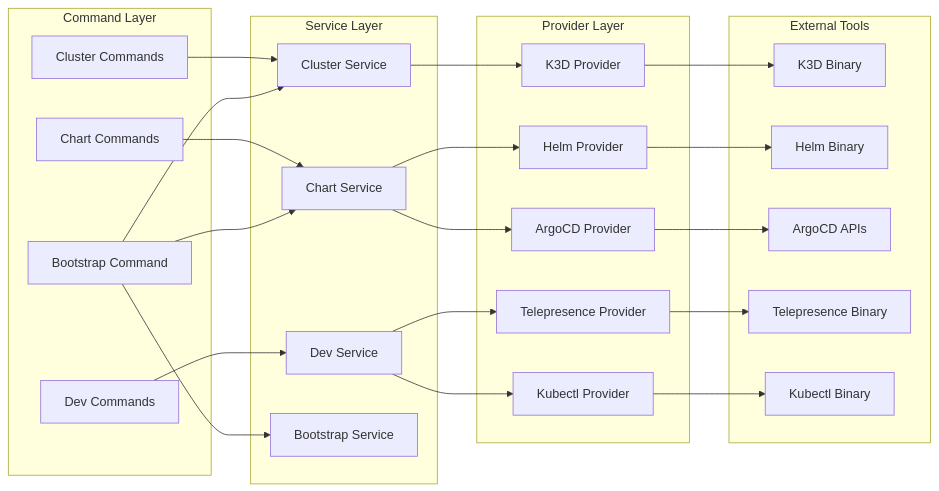
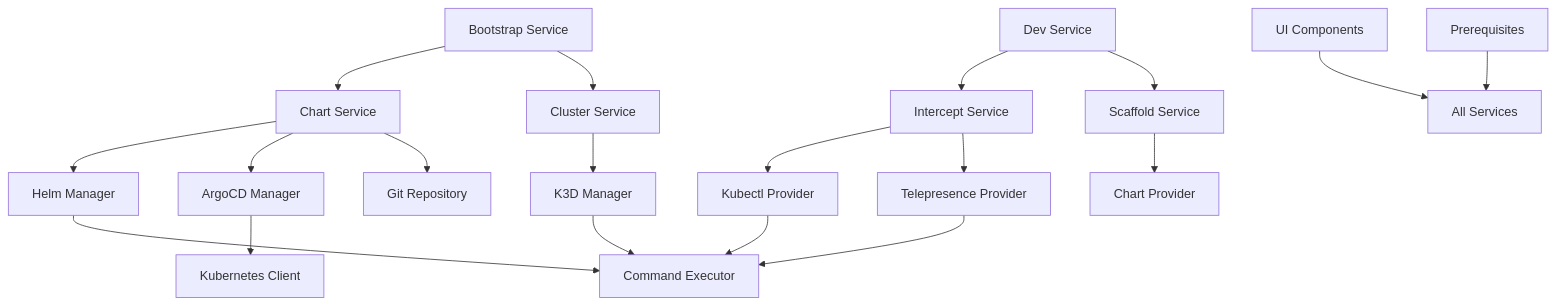
The second of 3 diagrams in docs/architecture/overview.md (Praesto-Pro/openframe-cli), drawn with Mermaid before and after one commit. The commit also changed other lines of this file and 22 other files, not shown here.

````diff
--- a/docs/architecture/overview.md
+++ b/docs/architecture/overview.md
@@ -57,51 +63,28 @@
 ```mermaid
-graph LR
-    subgraph "Command Layer"
-        CC[Cluster Commands]
-        ChC[Chart Commands]  
-        DC[Dev Commands]
-        BC[Bootstrap Command]
-    end
+graph TD
+    Bootstrap[Bootstrap Service] --> ChartService[Chart Service]
+    Bootstrap --> ClusterService[Cluster Service]
     
-    subgraph "Service Layer"
-        CS[Cluster Service]
-        ChS[Chart Service]
-        DS[Dev Service]
-        BS[Bootstrap Service]
-    end
+    ChartService --> HelmManager[Helm Manager]
+    ChartService --> ArgoCDManager[ArgoCD Manager]
+    ChartService --> GitRepo[Git Repository]
     
-    subgraph "Provider Layer"
-        K3DP[K3D Provider]
-        HP[Helm Provider]
-        AP[ArgoCD Provider]
-        TP[Telepresence Provider]
-        KP[Kubectl Provider]
-    end
+    ClusterService --> K3DManager[K3D Manager]
     
-    subgraph "External Tools"
-        K3D[K3D Binary]
-        Helm[Helm Binary]
-        ArgoCD[ArgoCD APIs]
-        Telepresence[Telepresence Binary]
-        Kubectl[Kubectl Binary]
-    end
+    DevService[Dev Service] --> InterceptService[Intercept Service]
+    DevService --> ScaffoldService[Scaffold Service]
     
-    CC --> CS
-    ChC --> ChS
-    DC --> DS
-    BC --> BS
-    BC --> CS
-    BC --> ChS
+    InterceptService --> KubectlProvider[Kubectl Provider]
+    InterceptService --> TelepresenceProvider[Telepresence Provider]
     
-    CS --> K3DP
-    ChS --> HP
-    ChS --> AP
-    DS --> TP
-    DS --> KP
+    ScaffoldService --> ChartProvider[Chart Provider]
     
-    K3DP --> K3D
-    HP --> Helm
-    AP --> ArgoCD
-    TP --> Telepresence
-    KP --> Kubectl
+    HelmManager --> Executor[Command Executor]
+    ArgoCDManager --> KubernetesClient[Kubernetes Client]
+    K3DManager --> Executor
+    KubectlProvider --> Executor
+    TelepresenceProvider --> Executor
+    
+    UI[UI Components] --> Services[All Services]
+    Prerequisites[Prerequisites] --> Services
 ```
````
